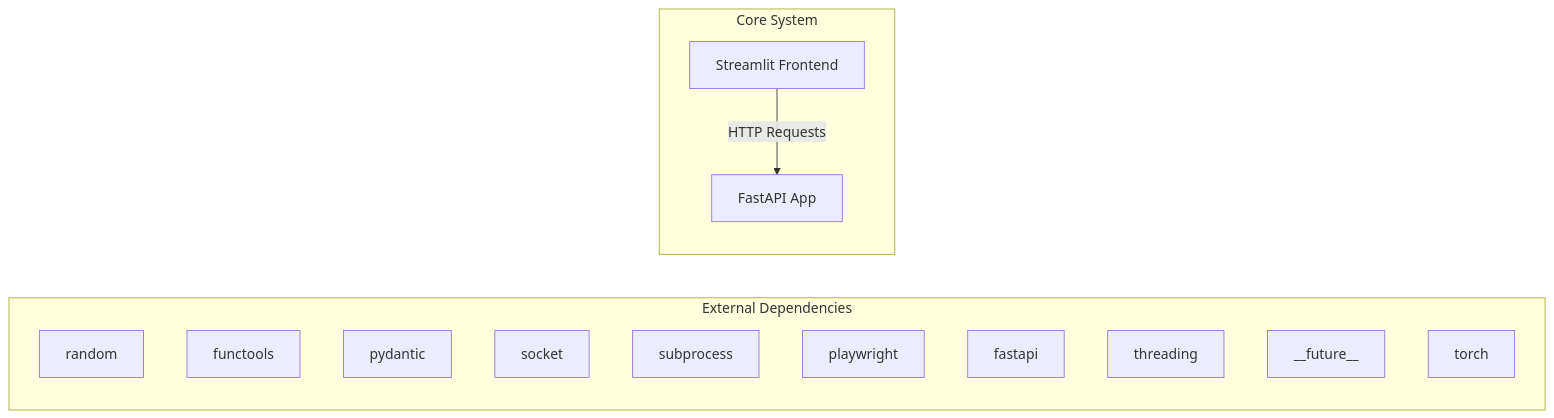
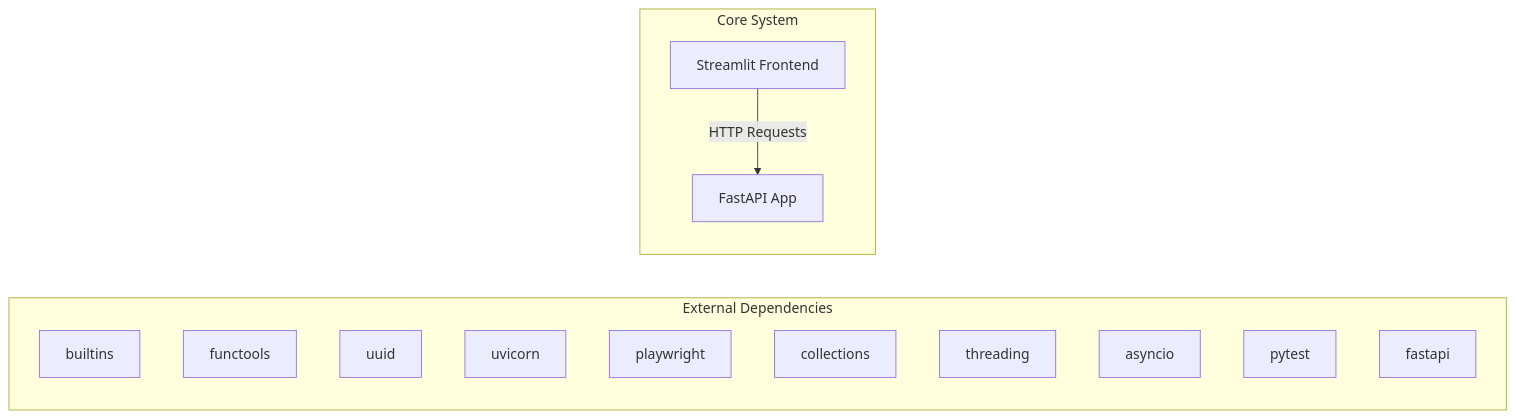
One commit to NITISH-R-G/rag-context-optimizer changed the first of 2 diagrams in docs/architecture.md. Above: the diagram before and after it, drawn with Mermaid. The commit also changed 1 other file, not shown here.

Commit message:
docs: auto-update repository knowledge, architecture diagrams, and documentation

````diff
--- a/docs/architecture.md
+++ b/docs/architecture.md
@@ -7,20 +7,20 @@
 ```mermaid
 graph LR
     subgraph External Dependencies
-        E0["random"]
+        E0["builtins"]
         E1["functools"]
-        E2["pydantic"]
-        E3["socket"]
-        E4["subprocess"]
-        E5["playwright"]
-        E6["fastapi"]
-        E7["threading"]
-        E8["__future__"]
-        E9["torch"]
+        E2["uuid"]
+        E3["uvicorn"]
+        E4["playwright"]
+        E5["collections"]
+        E6["threading"]
+        E7["asyncio"]
+        E8["pytest"]
+        E9["fastapi"]
     end
     subgraph Core System
         API["FastAPI App"]
         UI["Streamlit Frontend"]
     end
     UI -->|HTTP Requests| API
 ```
````
